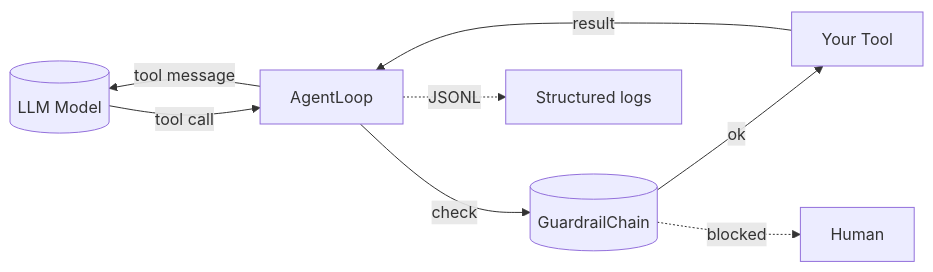
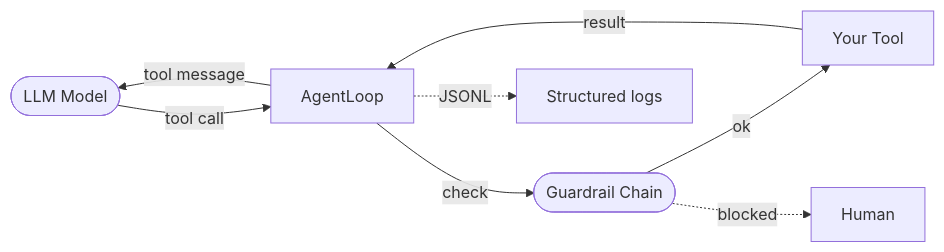
The diagram in docs/adopter/evaluate/concepts.md (Cognitivemesh/pyarnes), drawn with Mermaid before and after one commit. The commit also changed other lines of this file, not shown here.

````diff
--- a/docs/adopter/evaluate/concepts.md
+++ b/docs/adopter/evaluate/concepts.md
@@ -13,10 +13,10 @@
 ```mermaid
 flowchart LR
-    Model[(LLM Model)] -->|tool call| Loop[AgentLoop]
-    Loop -->|check| Guard[(GuardrailChain)]
+    Model([LLM Model]) -->|tool call| Loop[AgentLoop]
+    Loop -->|check| Guard([Guardrail Chain])
     Guard -->|ok| Tool[Your Tool]
     Guard -.->|blocked| Human[Human]
     Tool -->|result| Loop
     Loop -->|tool message| Model
     Loop -.->|JSONL| Logs[Structured logs]
 ```
````
